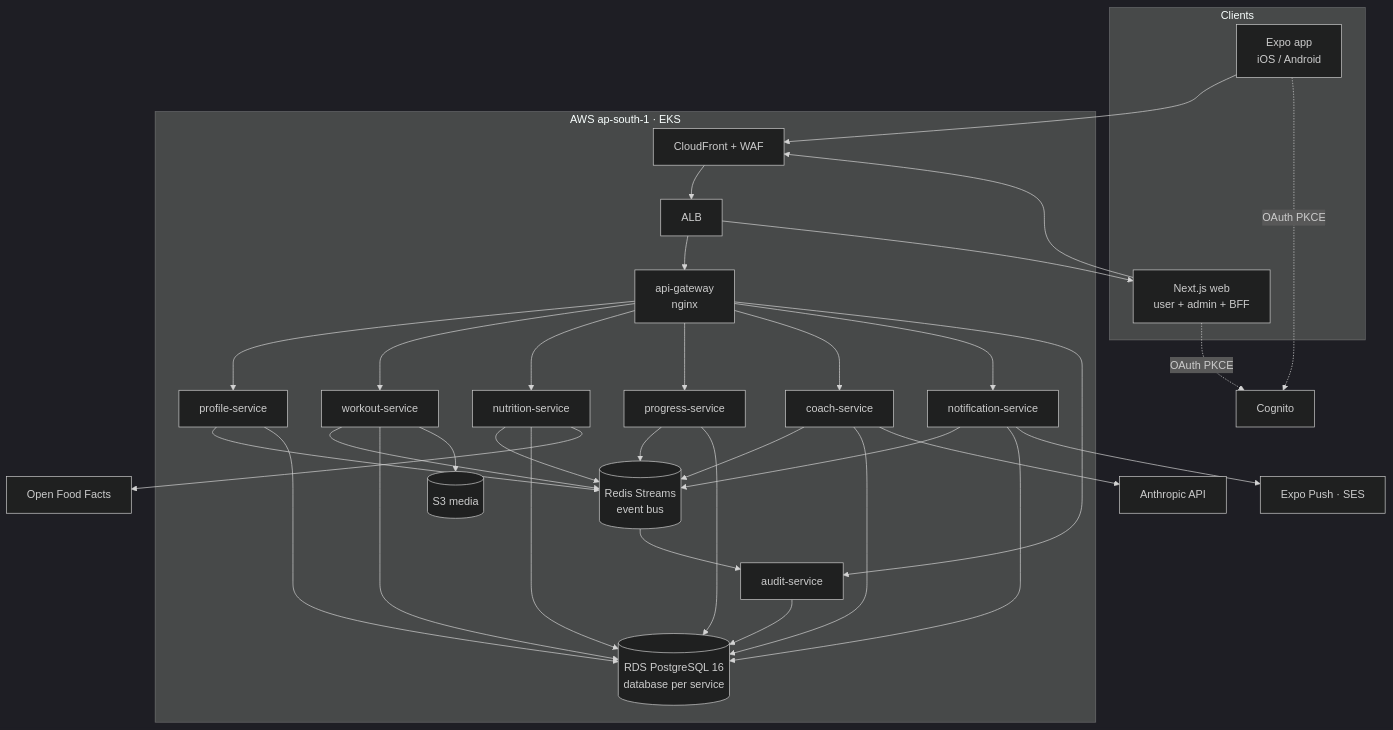
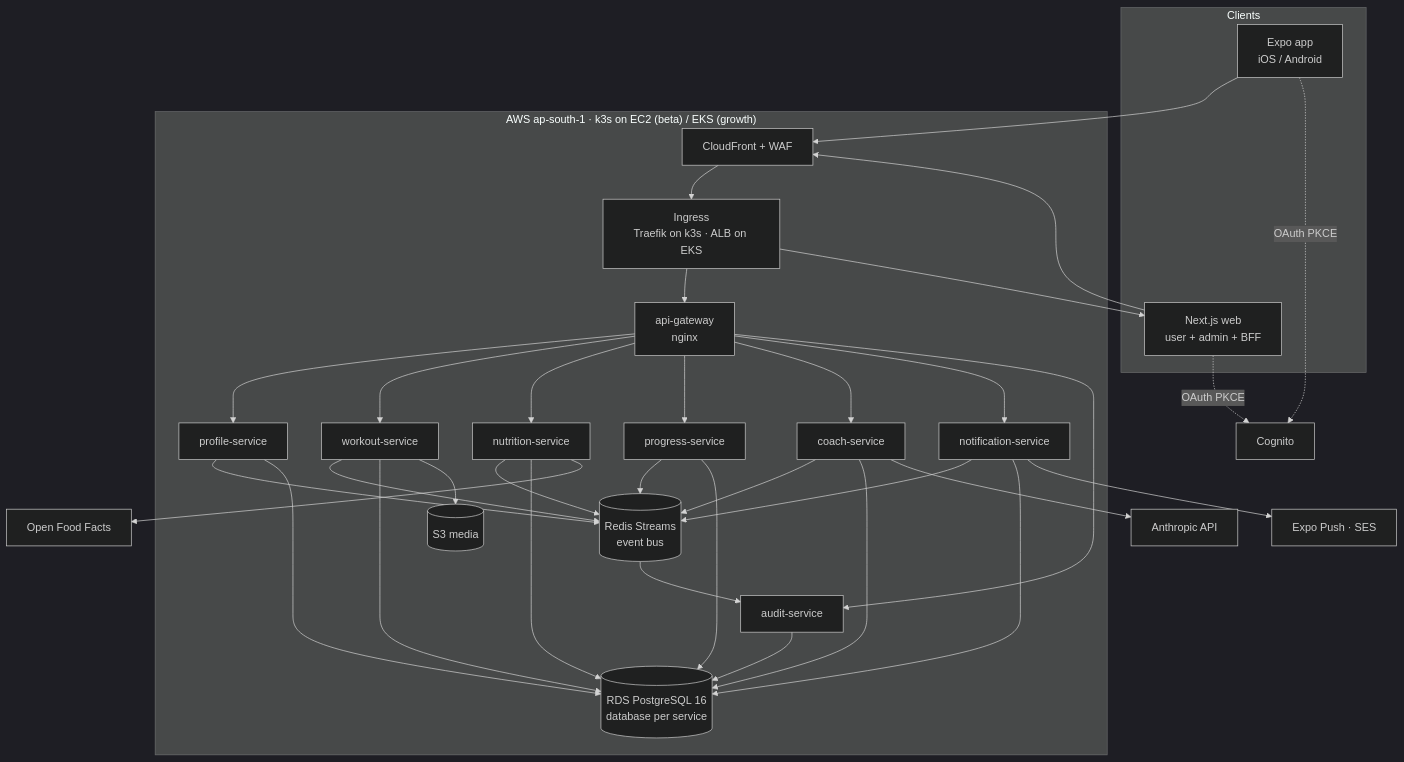
The first of 3 diagrams in docs/architecture/architecture-diagrams.md (master-node1/theauracoach), drawn with Mermaid (dark theme) before and after one commit. The commit also changed 9 other files, not shown here.

First line of the commit message:
TAC-4: staged hosting, k3s on EC2 for beta and EKS for growth

````diff
--- a/docs/architecture/architecture-diagrams.md
+++ b/docs/architecture/architecture-diagrams.md
@@ -7,41 +7,41 @@
 ```mermaid
 flowchart TB
   subgraph Clients
     mob[Expo app<br/>iOS / Android]
     web[Next.js web<br/>user + admin + BFF]
   end
-  subgraph aws["AWS ap-south-1 · EKS"]
+  subgraph aws["AWS ap-south-1 · k3s on EC2 (beta) / EKS (growth)"]
     cf[CloudFront + WAF]
-    alb[ALB]
+    alb[Ingress<br/>Traefik on k3s · ALB on EKS]
     gw[api-gateway<br/>nginx]
     prof[profile-service]
     wo[workout-service]
     nu[nutrition-service]
     pr[progress-service]
     co[coach-service]
     nt[notification-service]
     au[audit-service]
     bus[(Redis Streams<br/>event bus)]
     pg[(RDS PostgreSQL 16<br/>database per service)]
     s3[(S3 media)]
   end
   cog[Cognito]
   llm[Anthropic API]
   off[Open Food Facts]
   push[Expo Push · SES]
 
   mob --> cf
   web --> cf
   cf --> alb --> gw
   alb --> web
   mob -. OAuth PKCE .-> cog
   web -. OAuth PKCE .-> cog
   gw --> prof & wo & nu & pr & co & nt & au
   prof & wo & nu & pr & co & nt --> bus
   bus --> au
   prof & wo & nu & pr & co & nt & au --> pg
   wo --> s3
   co --> llm
   nu --> off
   nt --> push
 ```
````
